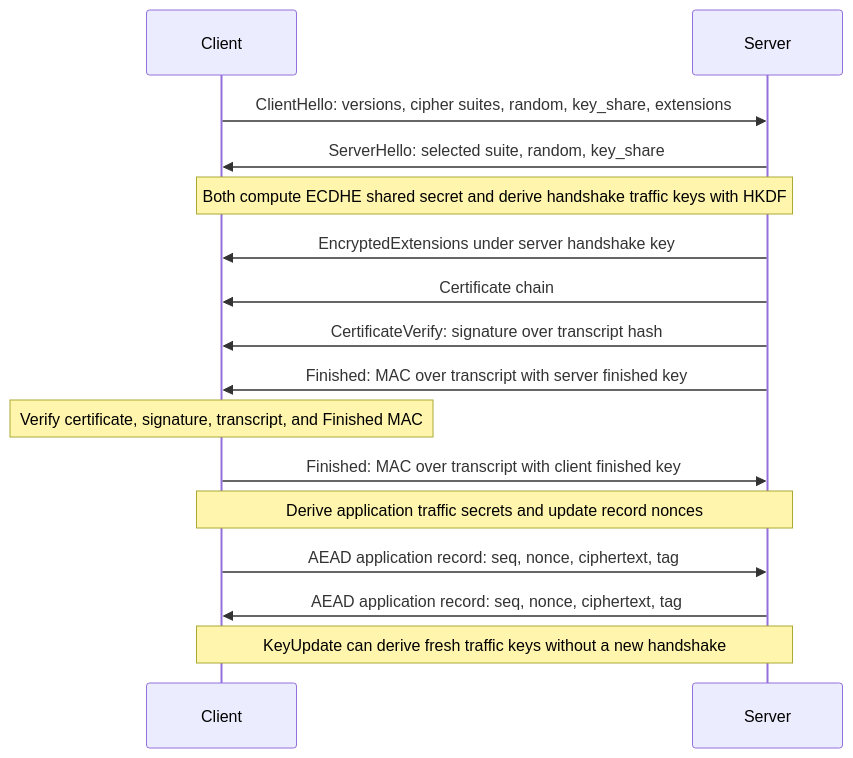
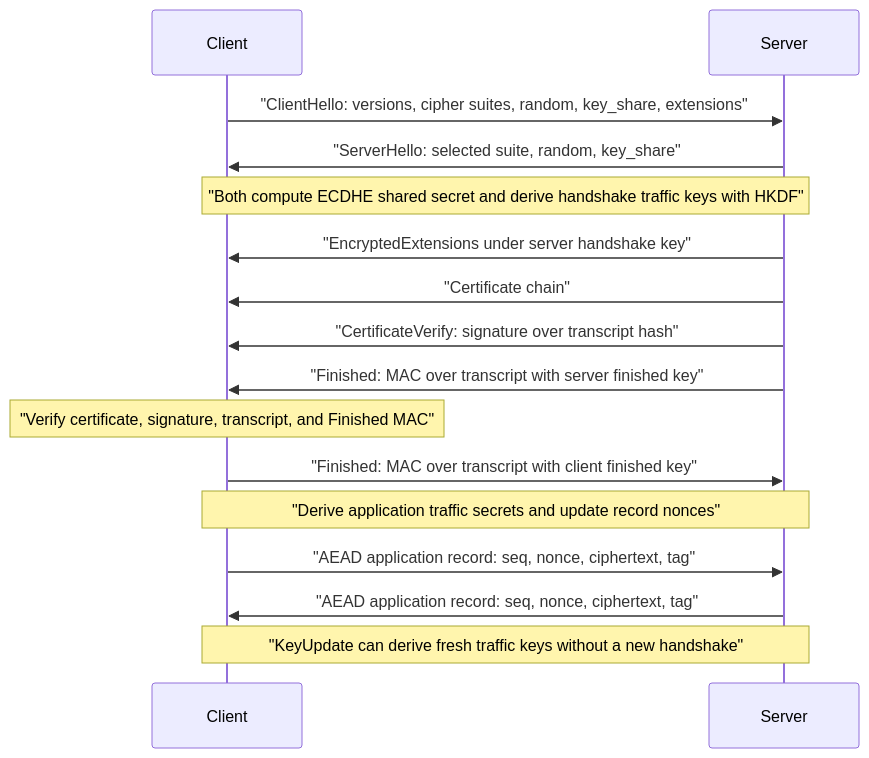
Before and after one commit to justinbrianhwang/SJ-wiki: the diagram in docs/cs/cryptography/tls-protocol-overview.md, drawn with Mermaid. The commit also changed other lines of this file and 955 other files, not shown here.

````diff
--- a/docs/cs/cryptography/tls-protocol-overview.md
+++ b/docs/cs/cryptography/tls-protocol-overview.md
@@ -68,18 +72,18 @@
 ```mermaid
 sequenceDiagram
   participant C as Client
   participant S as Server
-  C->>S: ClientHello: versions, cipher suites, random, key_share, extensions
-  S->>C: ServerHello: selected suite, random, key_share
-  Note over C,S: Both compute ECDHE shared secret and derive handshake traffic keys with HKDF
-  S->>C: EncryptedExtensions under server handshake key
-  S->>C: Certificate chain
-  S->>C: CertificateVerify: signature over transcript hash
-  S->>C: Finished: MAC over transcript with server finished key
-  Note over C: Verify certificate, signature, transcript, and Finished MAC
-  C->>S: Finished: MAC over transcript with client finished key
-  Note over C,S: Derive application traffic secrets and update record nonces
-  C->>S: AEAD application record: seq, nonce, ciphertext, tag
-  S->>C: AEAD application record: seq, nonce, ciphertext, tag
-  Note over C,S: KeyUpdate can derive fresh traffic keys without a new handshake
+  C->>S: "ClientHello: versions, cipher suites, random, key_share, extensions"
+  S->>C: "ServerHello: selected suite, random, key_share"
+  Note over C,S: "Both compute ECDHE shared secret and derive handshake traffic keys with HKDF"
+  S->>C: "EncryptedExtensions under server handshake key"
+  S->>C: "Certificate chain"
+  S->>C: "CertificateVerify: signature over transcript hash"
+  S->>C: "Finished: MAC over transcript with server finished key"
+  Note over C: "Verify certificate, signature, transcript, and Finished MAC"
+  C->>S: "Finished: MAC over transcript with client finished key"
+  Note over C,S: "Derive application traffic secrets and update record nonces"
+  C->>S: "AEAD application record: seq, nonce, ciphertext, tag"
+  S->>C: "AEAD application record: seq, nonce, ciphertext, tag"
+  Note over C,S: "KeyUpdate can derive fresh traffic keys without a new handshake"
 ```
````
